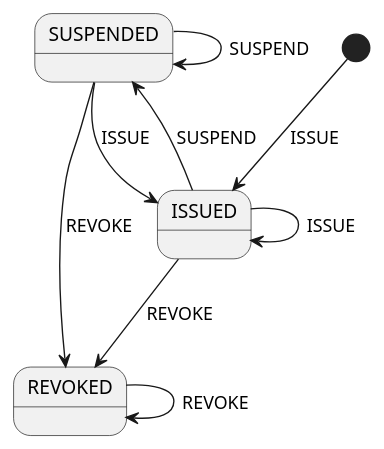
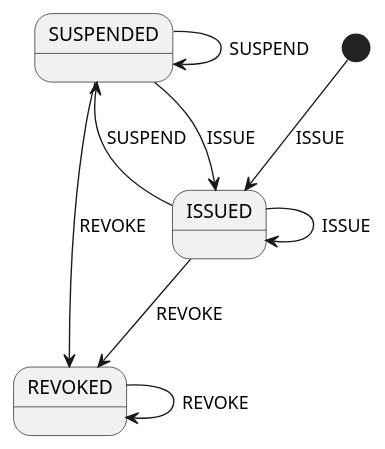
Before and after one commit to swiyu-admin-ch/swiyu-issuer: the diagram in issuer-service/src/main/resources/plantuml/credentialManagementStateMachine.puml, drawn with PlantUML. The commit also changed other lines of this file and 13 other files, not shown here.

```diff
--- a/issuer-service/src/main/resources/plantuml/credentialManagementStateMachine.puml
+++ b/issuer-service/src/main/resources/plantuml/credentialManagementStateMachine.puml
@@ -1,13 +1,13 @@
 @startuml
-state REVOKED
 state SUSPENDED
 state ISSUED
+state REVOKED
 [*] --> ISSUED : ISSUE
 ISSUED --> SUSPENDED : SUSPEND
 ISSUED --> ISSUED : ISSUE
 SUSPENDED --> ISSUED : ISSUE
 ISSUED --> REVOKED : REVOKE
 SUSPENDED --> REVOKED : REVOKE
 REVOKED --> REVOKED : REVOKE
 SUSPENDED --> SUSPENDED : SUSPEND
 @enduml
```
